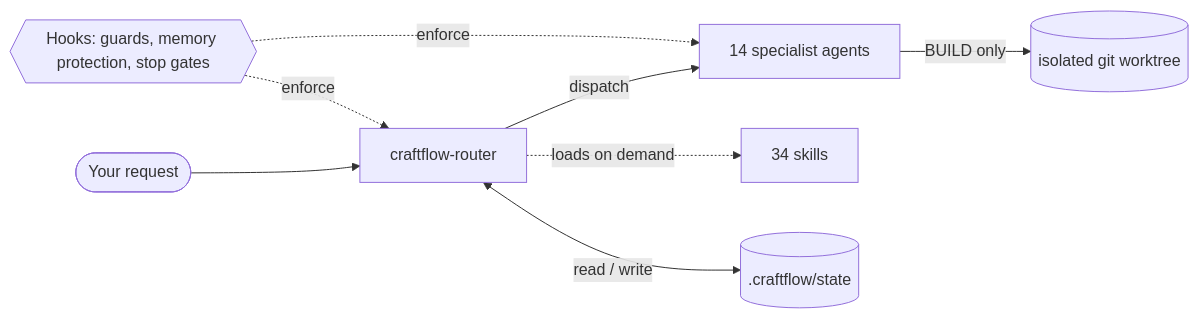
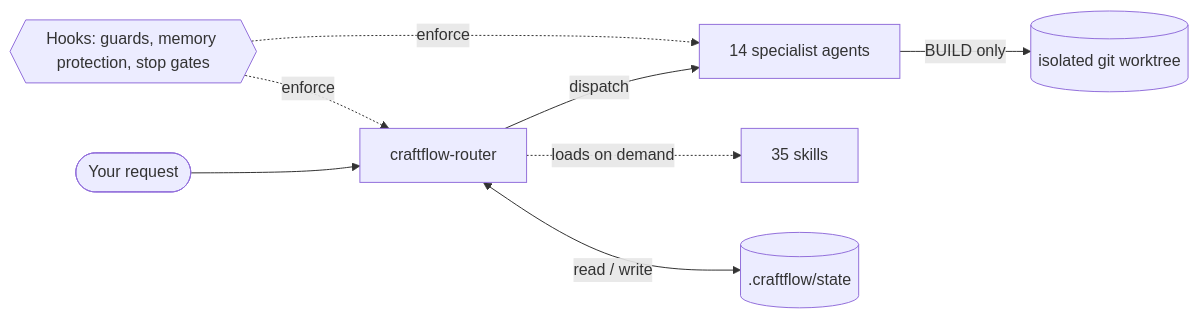
The first of 2 diagrams in README.md (aicraft-sdk/craftflow), drawn with Mermaid before and after one commit. The commit also changed other lines of this file and 5 other files, not shown here.

````diff
--- a/README.md
+++ b/README.md
@@ -49,10 +49,10 @@
 ```mermaid
 flowchart LR
     U([Your request]) --> R[craftflow-router]
     R -->|dispatch| A[14 specialist agents]
-    R -.->|loads on demand| S[34 skills]
+    R -.->|loads on demand| S[35 skills]
     A -->|BUILD only| W[(isolated git worktree)]
     R <-->|read / write| ST[(.craftflow/state)]
     H{{Hooks: guards, memory protection, stop gates}} -.->|enforce| R
     H -.->|enforce| A
 ```
````
